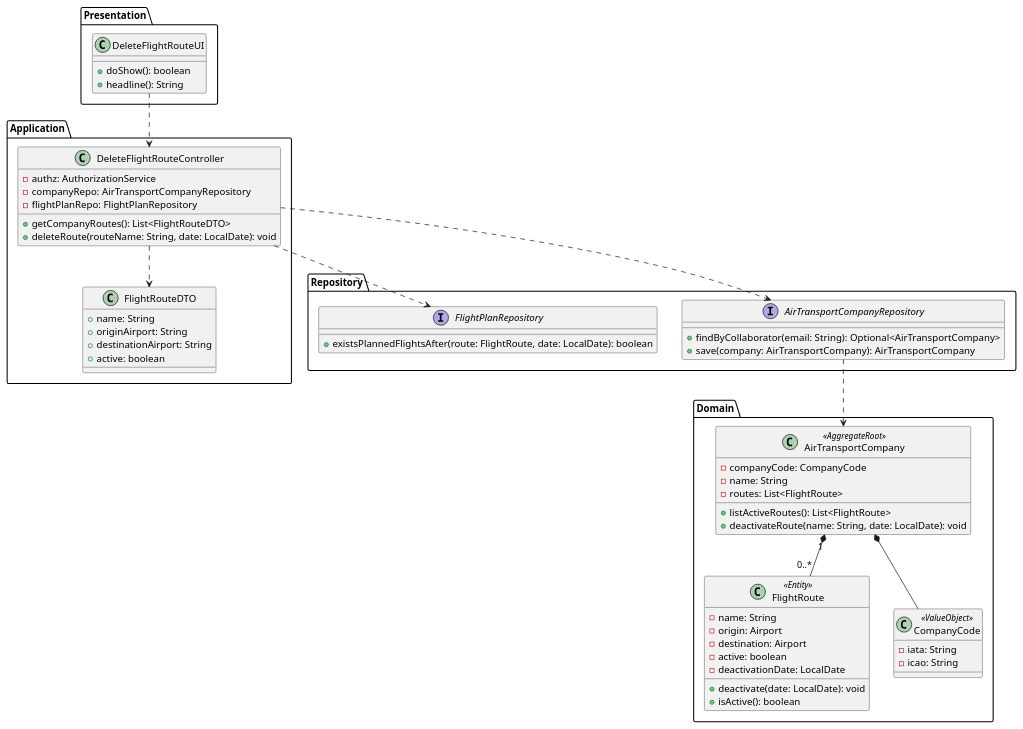
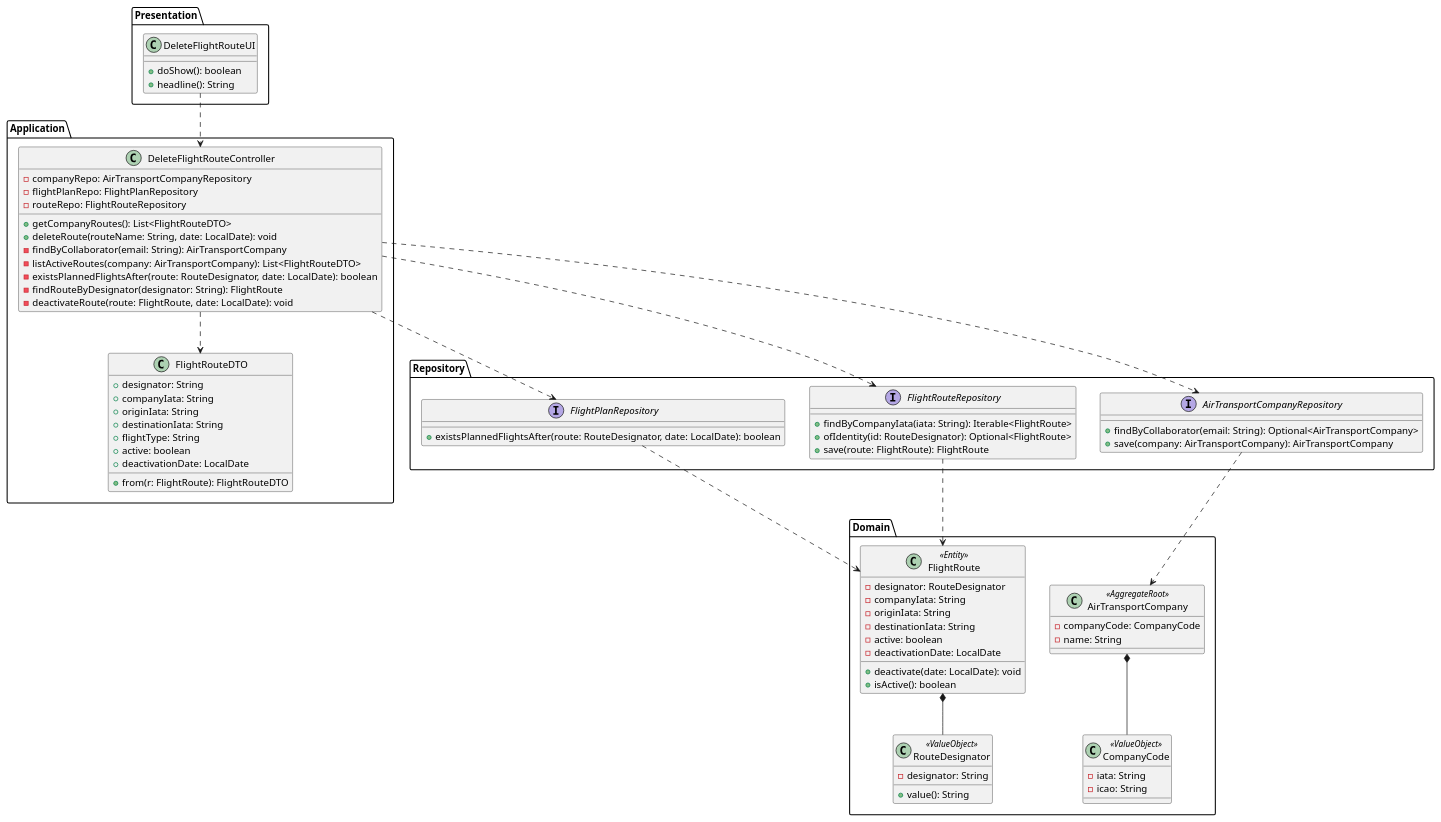
The diagram in docs/Sprint 3/EAPLI/US074/puml/US074-class-diagram.puml (DuartePinto1240/sem4pi2526-sem4pi2526_2da2), drawn with PlantUML before and after one commit. The commit also changed 23 other files, not shown here.

```diff
--- a/docs/Sprint 3/EAPLI/US074/puml/US074-class-diagram.puml
+++ b/docs/Sprint 3/EAPLI/US074/puml/US074-class-diagram.puml
@@ -1,67 +1,86 @@
 @startuml
 
 package "Presentation" {
   class DeleteFlightRouteUI {
     +doShow(): boolean
     +headline(): String
   }
 }
 
 package "Application" {
   class DeleteFlightRouteController {
-    -authz: AuthorizationService
     -companyRepo: AirTransportCompanyRepository
     -flightPlanRepo: FlightPlanRepository
+    -routeRepo: FlightRouteRepository
     +getCompanyRoutes(): List<FlightRouteDTO>
     +deleteRoute(routeName: String, date: LocalDate): void
+    -findByCollaborator(email: String): AirTransportCompany
+    -listActiveRoutes(company: AirTransportCompany): List<FlightRouteDTO>
+    -existsPlannedFlightsAfter(route: RouteDesignator, date: LocalDate): boolean
+    -findRouteByDesignator(designator: String): FlightRoute
+    -deactivateRoute(route: FlightRoute, date: LocalDate): void
   }
   class FlightRouteDTO {
-    +name: String
-    +originAirport: String
-    +destinationAirport: String
+    +designator: String
+    +companyIata: String
+    +originIata: String
+    +destinationIata: String
+    +flightType: String
     +active: boolean
+    +deactivationDate: LocalDate
+    +from(r: FlightRoute): FlightRouteDTO
   }
 }
 
 package "Domain" {
   class AirTransportCompany <<AggregateRoot>> {
     -companyCode: CompanyCode
     -name: String
-    -routes: List<FlightRoute>
-    +listActiveRoutes(): List<FlightRoute>
-    +deactivateRoute(name: String, date: LocalDate): void
   }
   class FlightRoute <<Entity>> {
-    -name: String
-    -origin: Airport
-    -destination: Airport
+    -designator: RouteDesignator
+    -companyIata: String
+    -originIata: String
+    -destinationIata: String
     -active: boolean
     -deactivationDate: LocalDate
     +deactivate(date: LocalDate): void
     +isActive(): boolean
+  }
+  class RouteDesignator <<ValueObject>> {
+    -designator: String
+    +value(): String
   }
   class CompanyCode <<ValueObject>> {
     -iata: String
     -icao: String
   }
 }
 
 package "Repository" {
   interface AirTransportCompanyRepository {
     +findByCollaborator(email: String): Optional<AirTransportCompany>
     +save(company: AirTransportCompany): AirTransportCompany
   }
+  interface FlightRouteRepository {
+    +findByCompanyIata(iata: String): Iterable<FlightRoute>
+    +ofIdentity(id: RouteDesignator): Optional<FlightRoute>
+    +save(route: FlightRoute): FlightRoute
+  }
   interface FlightPlanRepository {
-    +existsPlannedFlightsAfter(route: FlightRoute, date: LocalDate): boolean
+    +existsPlannedFlightsAfter(route: RouteDesignator, date: LocalDate): boolean
   }
 }
 
 DeleteFlightRouteUI ..> DeleteFlightRouteController
 DeleteFlightRouteController ..> AirTransportCompanyRepository
+DeleteFlightRouteController ..> FlightRouteRepository
 DeleteFlightRouteController ..> FlightPlanRepository
 DeleteFlightRouteController ..> FlightRouteDTO
-AirTransportCompany "1" *-- "0..*" FlightRoute
 AirTransportCompany *-- CompanyCode
+FlightRoute *-- RouteDesignator
 AirTransportCompanyRepository ..> AirTransportCompany
+FlightRouteRepository ..> FlightRoute
+FlightPlanRepository ..> FlightRoute
 
 @enduml
```
